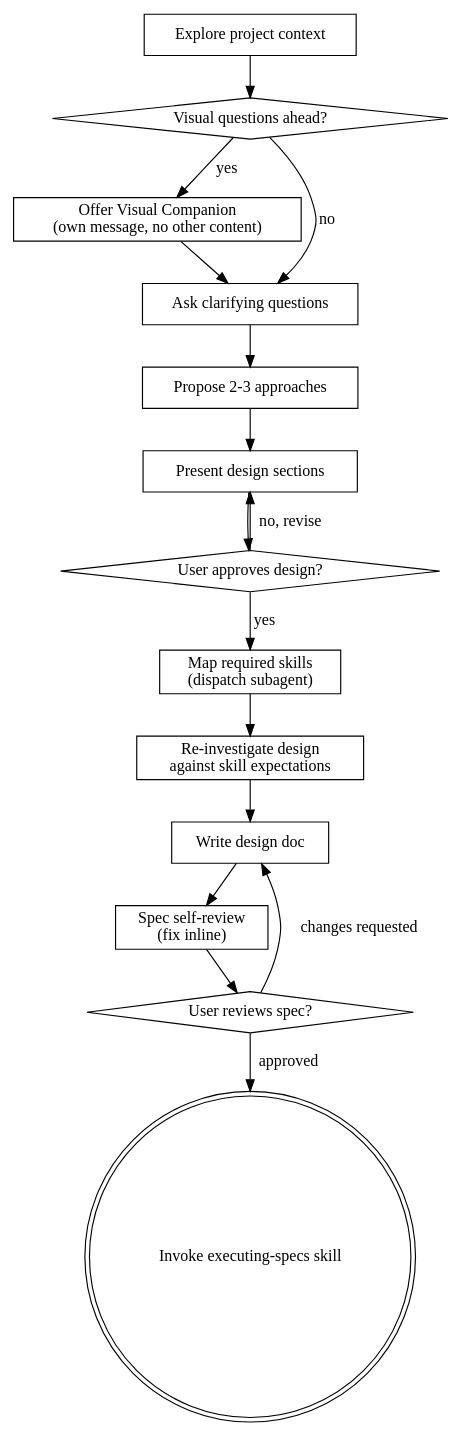
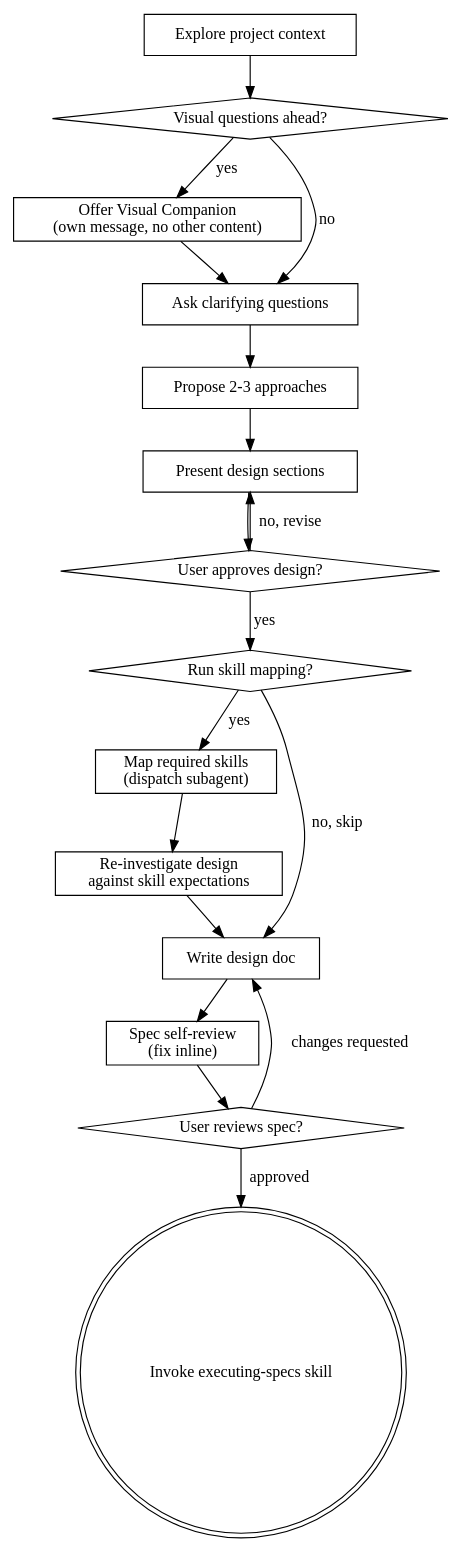
The diagram in skills/brainstorming/SKILL.md (dgafka/superpowers), drawn with Graphviz before and after one commit. The commit also changed other lines of this file and 1 other file, not shown here.

First line of the commit message:
Make skill mapping opt-in for small features

````diff
--- a/skills/brainstorming/SKILL.md
+++ b/skills/brainstorming/SKILL.md
@@ -38,33 +39,36 @@
 ```dot
 digraph brainstorming {
     "Explore project context" [shape=box];
     "Visual questions ahead?" [shape=diamond];
     "Offer Visual Companion\n(own message, no other content)" [shape=box];
     "Ask clarifying questions" [shape=box];
     "Propose 2-3 approaches" [shape=box];
     "Present design sections" [shape=box];
     "User approves design?" [shape=diamond];
+    "Run skill mapping?" [shape=diamond];
     "Map required skills\n(dispatch subagent)" [shape=box];
     "Re-investigate design\nagainst skill expectations" [shape=box];
     "Write design doc" [shape=box];
     "Spec self-review\n(fix inline)" [shape=box];
     "User reviews spec?" [shape=diamond];
     "Invoke executing-specs skill" [shape=doublecircle];
 
     "Explore project context" -> "Visual questions ahead?";
     "Visual questions ahead?" -> "Offer Visual Companion\n(own message, no other content)" [label="yes"];
     "Visual questions ahead?" -> "Ask clarifying questions" [label="no"];
     "Offer Visual Companion\n(own message, no other content)" -> "Ask clarifying questions";
     "Ask clarifying questions" -> "Propose 2-3 approaches";
     "Propose 2-3 approaches" -> "Present design sections";
     "Present design sections" -> "User approves design?";
     "User approves design?" -> "Present design sections" [label="no, revise"];
-    "User approves design?" -> "Map required skills\n(dispatch subagent)" [label="yes"];
+    "User approves design?" -> "Run skill mapping?" [label="yes"];
+    "Run skill mapping?" -> "Map required skills\n(dispatch subagent)" [label="yes"];
+    "Run skill mapping?" -> "Write design doc" [label="no, skip"];
     "Map required skills\n(dispatch subagent)" -> "Re-investigate design\nagainst skill expectations";
     "Re-investigate design\nagainst skill expectations" -> "Write design doc";
     "Write design doc" -> "Spec self-review\n(fix inline)";
     "Spec self-review\n(fix inline)" -> "User reviews spec?";
     "User reviews spec?" -> "Write design doc" [label="changes requested"];
     "User reviews spec?" -> "Invoke executing-specs skill" [label="approved"];
 }
 ```
````
